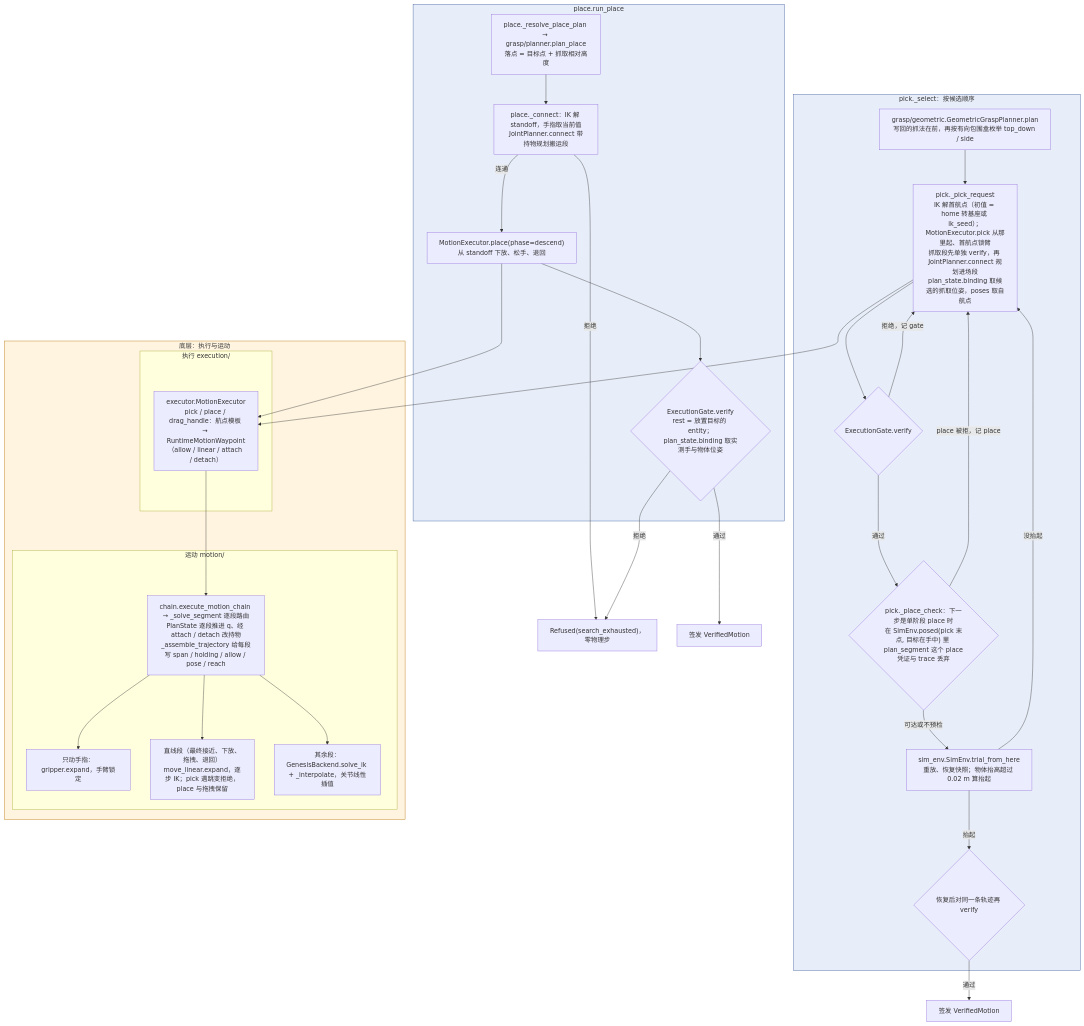
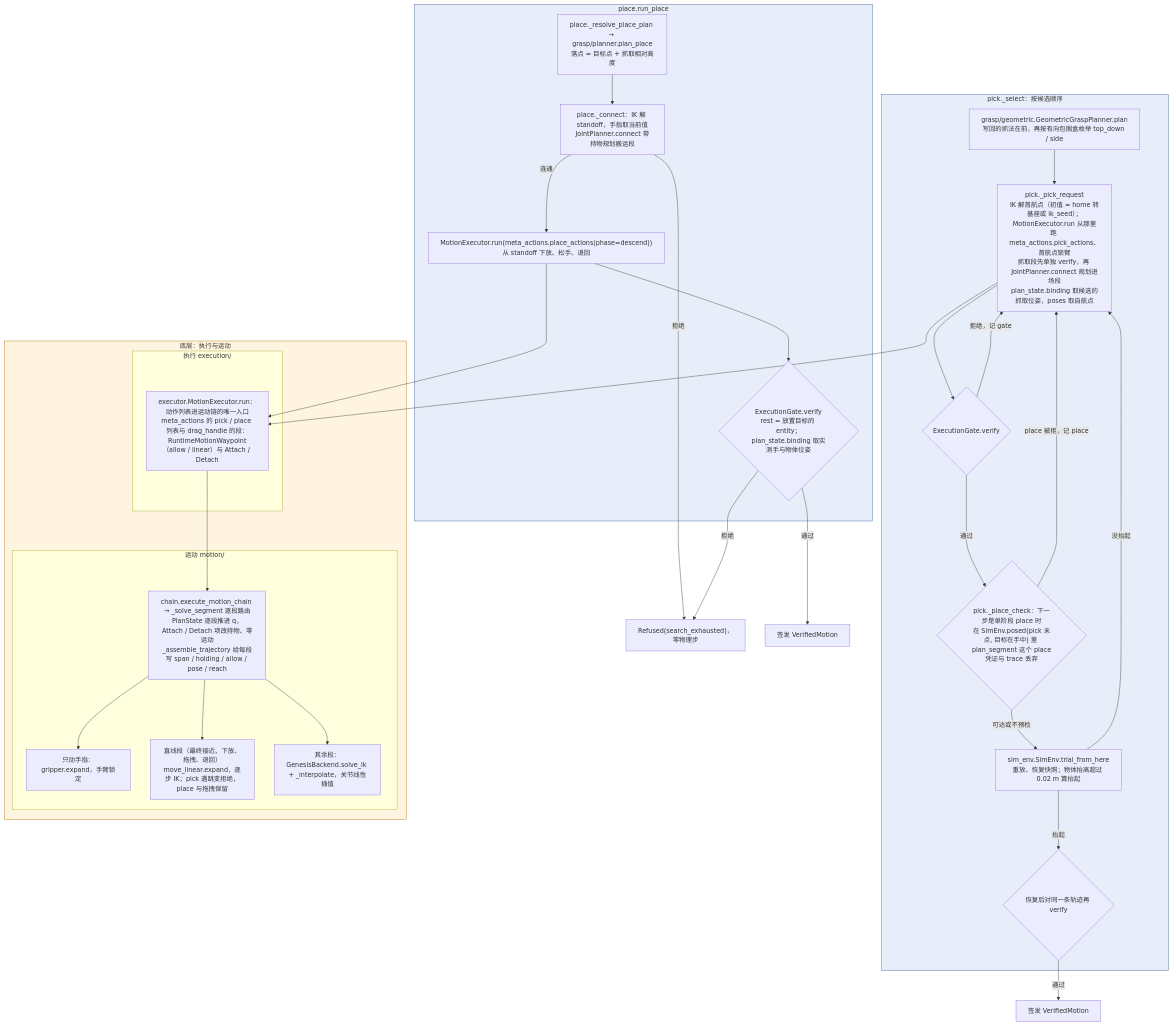
Before and after one commit to ZJLi2013/RoboSmith: the second of 2 diagrams in docs/call-chain.md, drawn with Mermaid. The commit also changed other lines of this file and 1 other file, not shown here.

Commit message:
docs: pick and place are action lists that one executor runs

````diff
--- a/docs/call-chain.md
+++ b/docs/call-chain.md
@@ -73,49 +73,49 @@
 ```mermaid
 flowchart TD
     subgraph PK["pick._select：按候选顺序"]
         GEO["grasp/geometric.GeometricGraspPlanner.plan<br/>写回的抓法在前，再按有向包围盒枚举 top_down / side"]
-        PM["pick._pick_request<br/>IK 解首航点（初值 = home 转基座或 ik_seed）；MotionExecutor.pick 从那里起、首航点锁臂<br/>抓取段先单独 verify，再 JointPlanner.connect 规划进场段<br/>plan_state.binding 取候选的抓取位姿，poses 取自航点"]
+        PM["pick._pick_request<br/>IK 解首航点（初值 = home 转基座或 ik_seed）；MotionExecutor.run 从那里跑 meta_actions.pick_actions、首航点锁臂<br/>抓取段先单独 verify，再 JointPlanner.connect 规划进场段<br/>plan_state.binding 取候选的抓取位姿，poses 取自航点"]
         V1{"ExecutionGate.verify"}
         PRE{"pick._place_check：下一步是单阶段 place 时<br/>在 SimEnv.posed(pick 末点, 目标在手中) 里 plan_segment 这个 place<br/>凭证与 trace 丢弃"}
         TR["sim_env.SimEnv.trial_from_here<br/>重放、恢复快照；物体抬高超过 0.02 m 算抬起"]
         V2{"恢复后对同一条轨迹再 verify"}
     end
 
     subgraph PL["place.run_place"]
         PP["place._resolve_place_plan → grasp/planner.plan_place<br/>落点 = 目标点 + 抓取相对高度"]
         PC["place._connect：IK 解 standoff，手指取当前值<br/>JointPlanner.connect 带持物规划搬运段"]
-        PX["MotionExecutor.place(phase=descend)<br/>从 standoff 下放、松手、退回"]
+        PX["MotionExecutor.run(meta_actions.place_actions(phase=descend))<br/>从 standoff 下放、松手、退回"]
         V3{"ExecutionGate.verify<br/>rest = 放置目标的 entity；plan_state.binding 取实测手与物体位姿"}
     end
 
     subgraph LOW["底层：执行与运动"]
         subgraph EX["执行 execution/"]
-            EXE["executor.MotionExecutor<br/>pick / place / drag_handle：航点模板 → RuntimeMotionWaypoint（allow / linear / attach / detach）"]
+            EXE["executor.MotionExecutor.run：动作列表进运动链的唯一入口<br/>meta_actions 的 pick / place 列表与 drag_handle 的段：RuntimeMotionWaypoint（allow / linear）与 Attach / Detach"]
         end
         subgraph MO["运动 motion/"]
-            CH["chain.execute_motion_chain → _solve_segment 逐段路由<br/>PlanState 逐段推进 q、经 attach / detach 改持物<br/>_assemble_trajectory 给每段写 span / holding / allow / pose / reach"]
+            CH["chain.execute_motion_chain → _solve_segment 逐段路由<br/>PlanState 逐段推进 q，Attach / Detach 项改持物、零运动<br/>_assemble_trajectory 给每段写 span / holding / allow / pose / reach"]
             F["只动手指：gripper.expand，手臂锁定"]
             C["直线段（最终接近、下放、拖拽、退回）<br/>move_linear.expand，逐步 IK；pick 遇跳变拒绝，place 与拖拽保留"]
             G["其余段：GenesisBackend.solve_ik + _interpolate，关节线性插值"]
         end
     end
 
     GEO --> PM --> V1
     V1 -- 拒绝，记 gate --> PM
     V1 -- 通过 --> PRE
     PRE -- place 被拒，记 place --> PM
     PRE -- 可达或不预检 --> TR
     TR -- 没抬起 --> PM
     TR -- 抬起 --> V2
     V2 -- 通过 --> OKP["签发 VerifiedMotion"]
     PP --> PC
     PC -- 拒绝 --> RF["Refused(search_exhausted)，零物理步"]
     PC -- 连通 --> PX --> V3
     V3 -- 拒绝 --> RF
     V3 -- 通过 --> OKL["签发 VerifiedMotion"]
     PM & PX --> EXE --> CH --> F & C & G
 
     style PK fill:#e8eef9,stroke:#3b5b9a
     style PL fill:#e8eef9,stroke:#3b5b9a
     style LOW fill:#fff4e0,stroke:#b9770e
 ```
````
